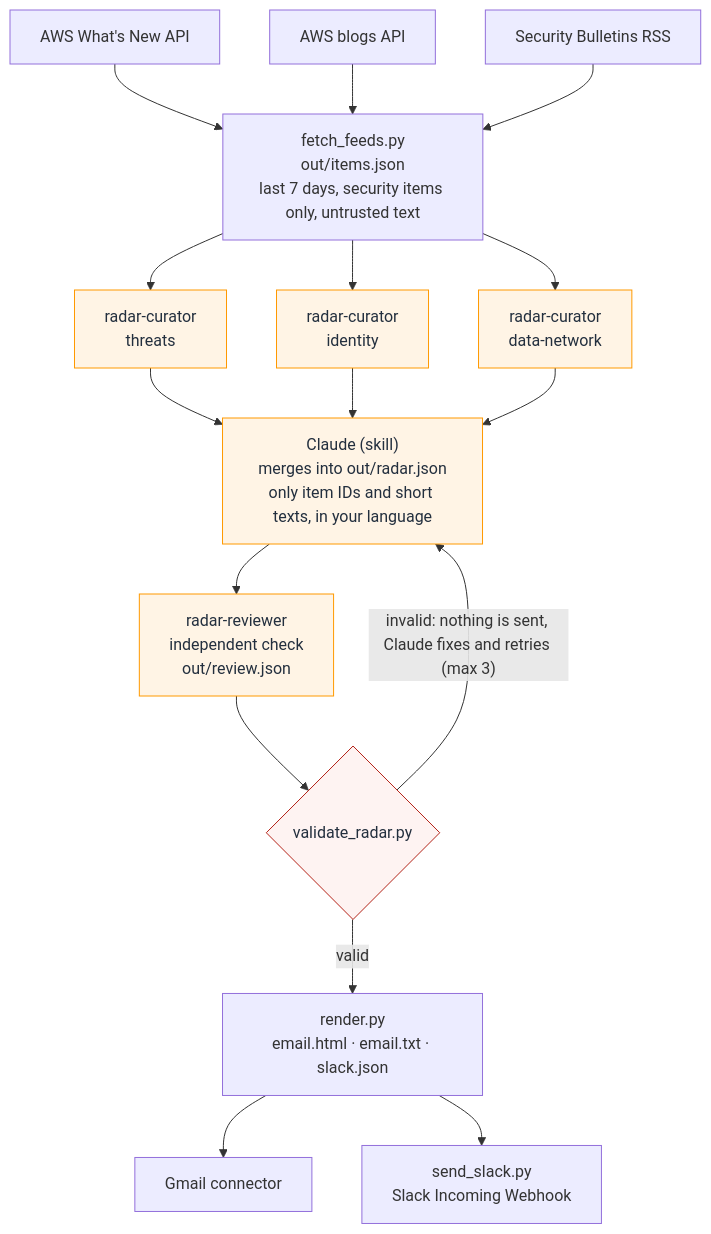
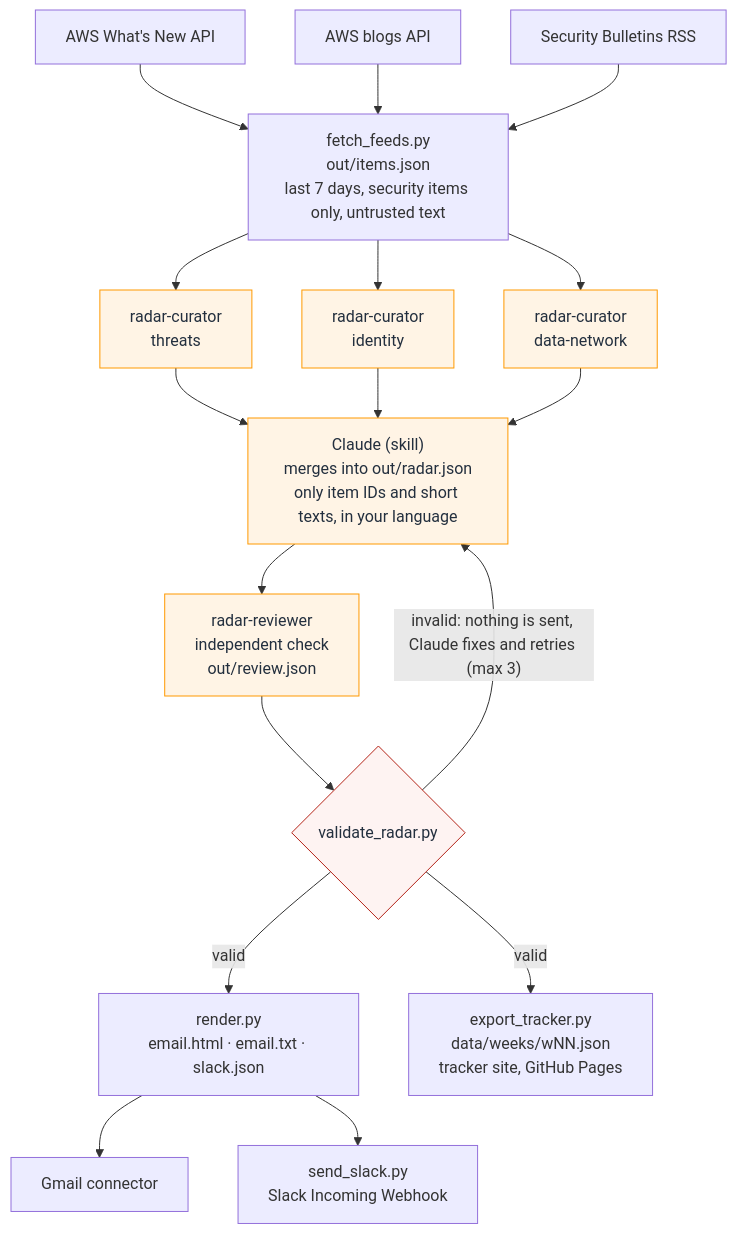
Before and after one commit to g1c4buMm/aws-security-launch-radar-latam: the diagram in README.md, drawn with Mermaid. The commit also changed other lines of this file and 12 other files, not shown here.

First line of the commit message:
Publish the week to the tracker site and update the kit page

````diff
--- a/README.md
+++ b/README.md
@@ -209,20 +211,21 @@
 ```mermaid
 flowchart TD
     A["AWS What's New API"] --> F
     B["AWS blogs API"] --> F
     C["Security Bulletins RSS"] --> F
     F["fetch_feeds.py<br/>out/items.json<br/>last 7 days, security items only, untrusted text"] --> C1 & C2 & C3
     C1["radar-curator<br/>threats"] --> L
     C2["radar-curator<br/>identity"] --> L
     C3["radar-curator<br/>data-network"] --> L
     L["Claude (skill)<br/>merges into out/radar.json<br/>only item IDs and short texts, in your language"] --> RV
     RV["radar-reviewer<br/>independent check<br/>out/review.json"] --> V
     V{"validate_radar.py"} -- valid --> R["render.py<br/>email.html · email.txt · slack.json"]
     V -- "invalid: nothing is sent, Claude fixes and retries (max 3)" --> L
     R --> G["Gmail connector"]
     R --> S["send_slack.py<br/>Slack Incoming Webhook"]
+    V -- valid --> T["export_tracker.py<br/>data/weeks/wNN.json<br/>tracker site, GitHub Pages"]
     classDef ai fill:#fff4e5,stroke:#ff9900,color:#232f3e
     classDef gate fill:#fef3f2,stroke:#b42318,color:#232f3e
     class L,C1,C2,C3,RV ai
     class V gate
 ```
````
